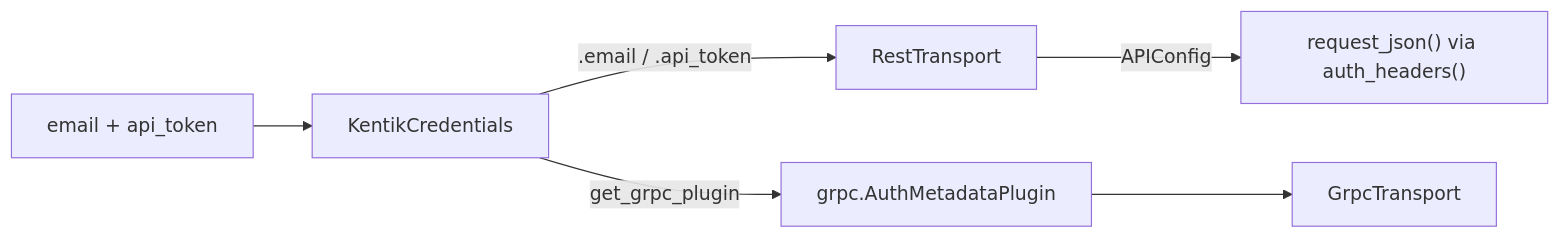
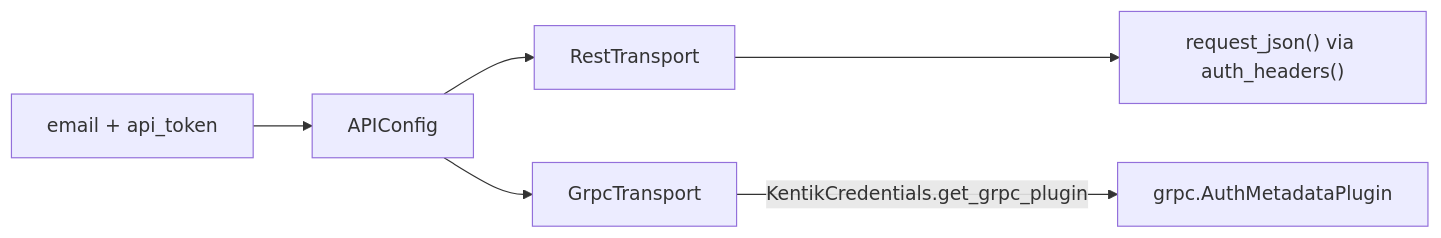
The diagram in src/kentik_api/auth/README.md (alexdearaujo/community_sdk_python), drawn with Mermaid before and after one commit. The commit also changed 14 other files, not shown here.

````diff
--- a/src/kentik_api/auth/README.md
+++ b/src/kentik_api/auth/README.md
@@ -29,9 +29,9 @@
 ```mermaid
 flowchart LR
-    In["email + api_token"] --> KC[KentikCredentials]
-    KC -->|.email / .api_token| RT[RestTransport]
-    RT -->|APIConfig| RJ["request_json() via auth_headers()"]
-    KC -->|get_grpc_plugin| P["grpc.AuthMetadataPlugin"]
-    P --> GT[GrpcTransport]
+    In["email + api_token"] --> AC[APIConfig]
+    AC --> RT[RestTransport]
+    RT --> RJ["request_json() via auth_headers()"]
+    AC --> GT[GrpcTransport]
+    GT -->|KentikCredentials.get_grpc_plugin| P["grpc.AuthMetadataPlugin"]
 
 ```
````
